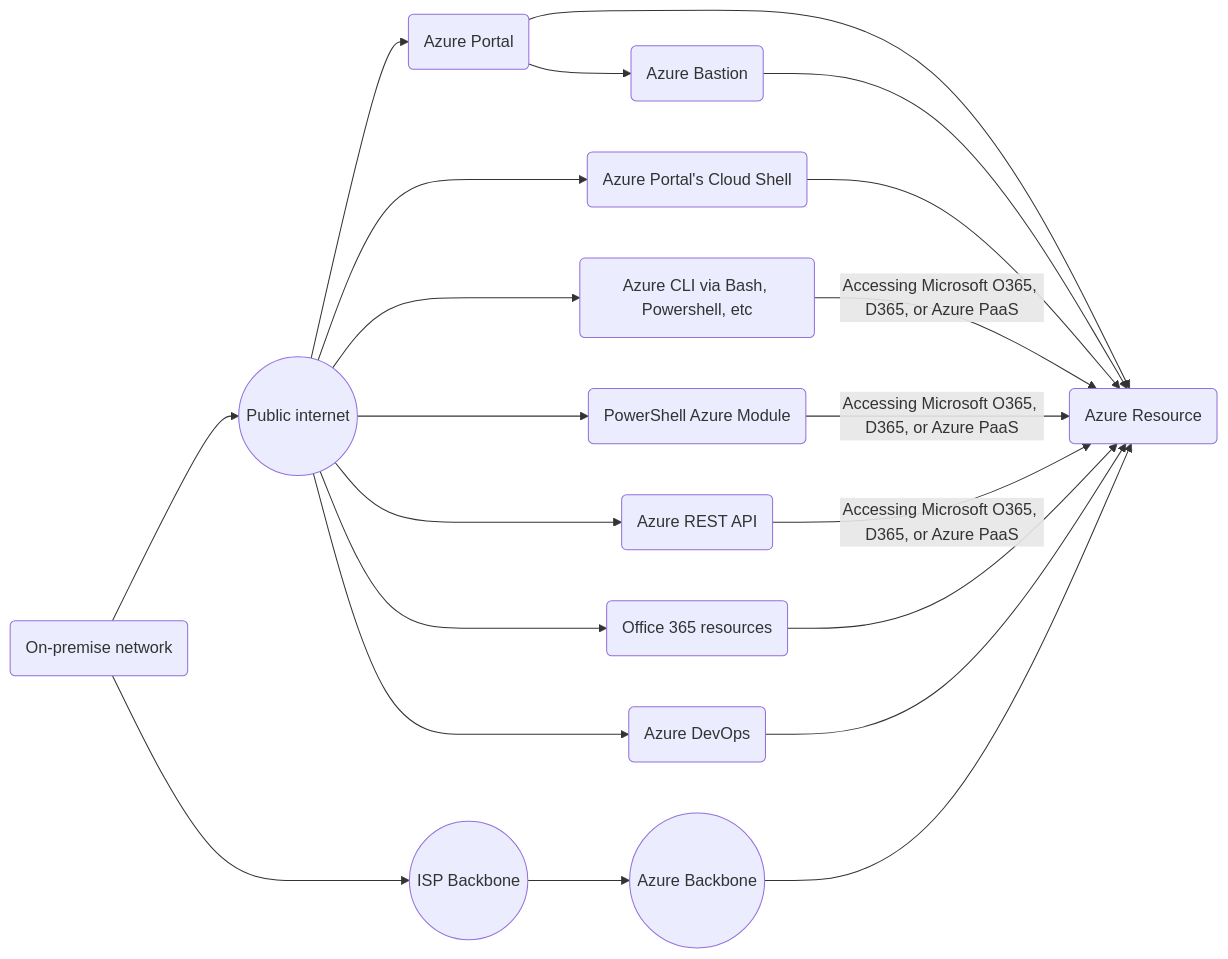
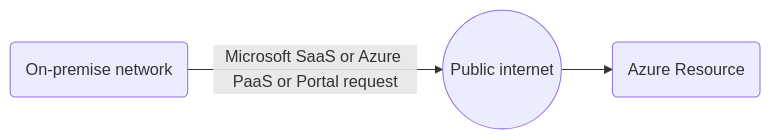
One commit to bigtoga/Examples changed the second of 2 diagrams in Cloud - Azure/Azure Virtual Networks/ExpressRoute.md. Above: the diagram before and after it, drawn with Mermaid. The commit also changed other lines of this file, not shown here.

````diff
--- a/Cloud - Azure/Azure Virtual Networks/ExpressRoute.md
+++ b/Cloud - Azure/Azure Virtual Networks/ExpressRoute.md
@@ -59,23 +57,5 @@
 ```mermaid
 graph LR
-    A(On-premise network) --> B((Public internet))
-    B --> C(Azure Portal)
-    C --> D(Azure Resource)
-    B --> E(Azure Portal's Cloud Shell)
-    E --> D
-    B --> F(Azure CLI via Bash, Powershell, etc)
-    F -- Accessing Microsoft O365, D365, or Azure PaaS --> D
-    B --> G(PowerShell Azure Module)
-    G -- Accessing Microsoft O365, D365, or Azure PaaS --> D
-    B --> H(Azure REST API)
-    H -- Accessing Microsoft O365, D365, or Azure PaaS --> D
-    C --> I(Azure Bastion)
-    I --> D
-    B --> J(Office 365 resources)
-    J --> D
-    B --> K(Azure DevOps)
-    K --> D
-    A --> M((ISP Backbone))
-    M --> N((Azure Backbone))
-    N --> D
+    A(On-premise network) -- Microsoft SaaS or Azure PaaS or Portal request --> B((Public internet))
+    B --> C(Azure Resource)
 ```    
````
